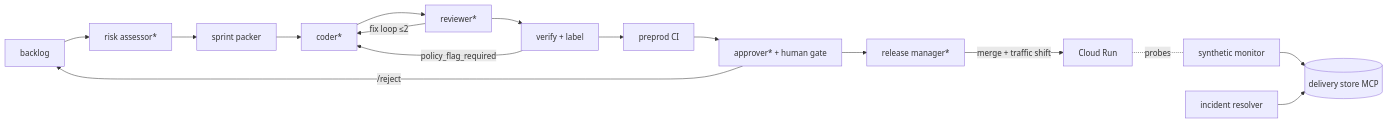
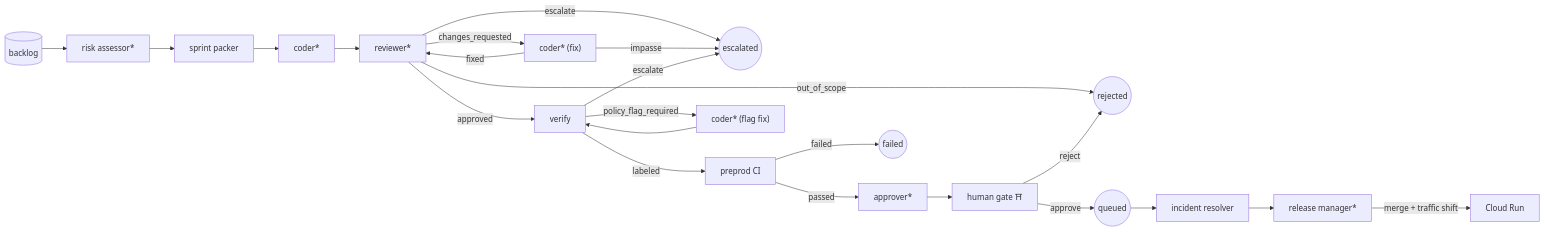
The diagram in docs/architecture.md (amir707/agentic-sdlc), drawn with Mermaid before and after one commit. The commit also changed other lines of this file and 6 other files, not shown here.

````diff
--- a/docs/architecture.md
+++ b/docs/architecture.md
@@ -29,18 +30,40 @@
 ```mermaid
 flowchart LR
-    B[backlog] --> A[risk assessor*]
-    A --> P[sprint packer]
-    P --> C[coder*]
-    C --> R[reviewer*]
-    R -->|fix loop ≤2| C
-    R --> V[verify + label]
-    V -->|policy_flag_required| C
-    V --> CI[preprod CI]
-    CI --> AP[approver* + human gate]
-    AP -->|/reject| B
-    AP --> RM[release manager*]
-    RM -->|merge + traffic shift| PROD[Cloud Run]
-    PROD -.probes.- M[synthetic monitor]
-    M --> S[(delivery store MCP)]
-    RES[incident resolver] --> S
+    backlog[(backlog)]
+    backlog --> risk_assessor["risk assessor*"]
+    risk_assessor --> sprint_packer["sprint packer"]
+    sprint_packer --> coder
+    coder["coder*"]
+    code_reviewer["reviewer*"]
+    coder --> code_reviewer
+    verify["verify"]
+    code_reviewer -->|approved| verify
+    coder_fix["coder* (fix)"]
+    code_reviewer -->|changes_requested| coder_fix
+    rejected(("rejected"))
+    code_reviewer -->|out_of_scope| rejected
+    escalated(("escalated"))
+    code_reviewer -->|escalate| escalated
+    coder_fix -->|fixed| code_reviewer
+    coder_fix -->|impasse| escalated
+    preprod_ci["preprod CI"]
+    verify -->|labeled| preprod_ci
+    coder_flag_fix["coder* (flag fix)"]
+    verify -->|policy_flag_required| coder_flag_fix
+    verify -->|escalate| escalated
+    coder_flag_fix --> verify
+    approver["approver*"]
+    preprod_ci -->|passed| approver
+    failed(("failed"))
+    preprod_ci -->|failed| failed
+    approval_gate["human gate ⛩"]
+    approver --> approval_gate
+    queued(("queued"))
+    approval_gate -->|approve| queued
+    approval_gate -->|reject| rejected
+    incident_resolver["incident resolver"]
+    queued --> incident_resolver
+    release_manager["release manager*"]
+    incident_resolver --> release_manager
+    release_manager -->|merge + traffic shift| prod["Cloud Run"]
 ```
````
